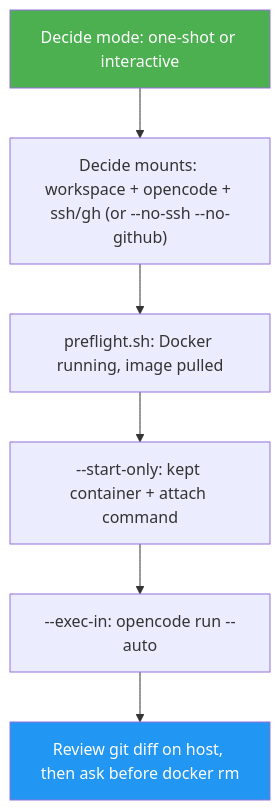
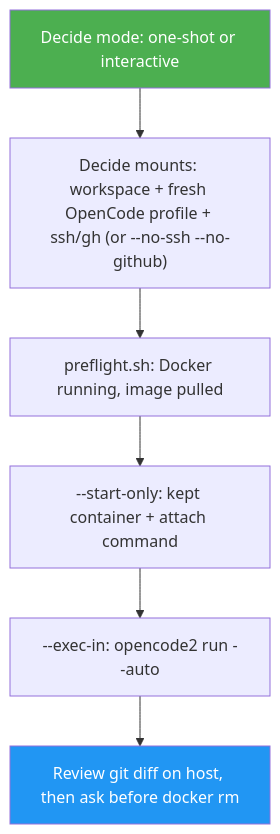
The diagram in skills/opencode-sandbox/docs/README.md (luongnv89/skills), drawn with Mermaid before and after one commit. The commit also changed other lines of this file and 11 other files, not shown here.

First line of the commit message:
Fix OpenCode skills for the devbox image (#180)

````diff
--- a/skills/opencode-sandbox/docs/README.md
+++ b/skills/opencode-sandbox/docs/README.md
@@ -30,10 +30,10 @@
 ```mermaid
 graph TD
-    A["Decide mode: one-shot or interactive"] --> B["Decide mounts: workspace + opencode + ssh/gh (or --no-ssh --no-github)"]
+    A["Decide mode: one-shot or interactive"] --> B["Decide mounts: workspace + fresh OpenCode profile + ssh/gh (or --no-ssh --no-github)"]
     B --> C["preflight.sh: Docker running, image pulled"]
     C --> D["--start-only: kept container + attach command"]
-    D --> E["--exec-in: opencode run --auto"]
+    D --> E["--exec-in: opencode2 run --auto"]
     E --> F["Review git diff on host, then ask before docker rm"]
     style A fill:#4CAF50,color:#fff
     style F fill:#2196F3,color:#fff
 ```
````
